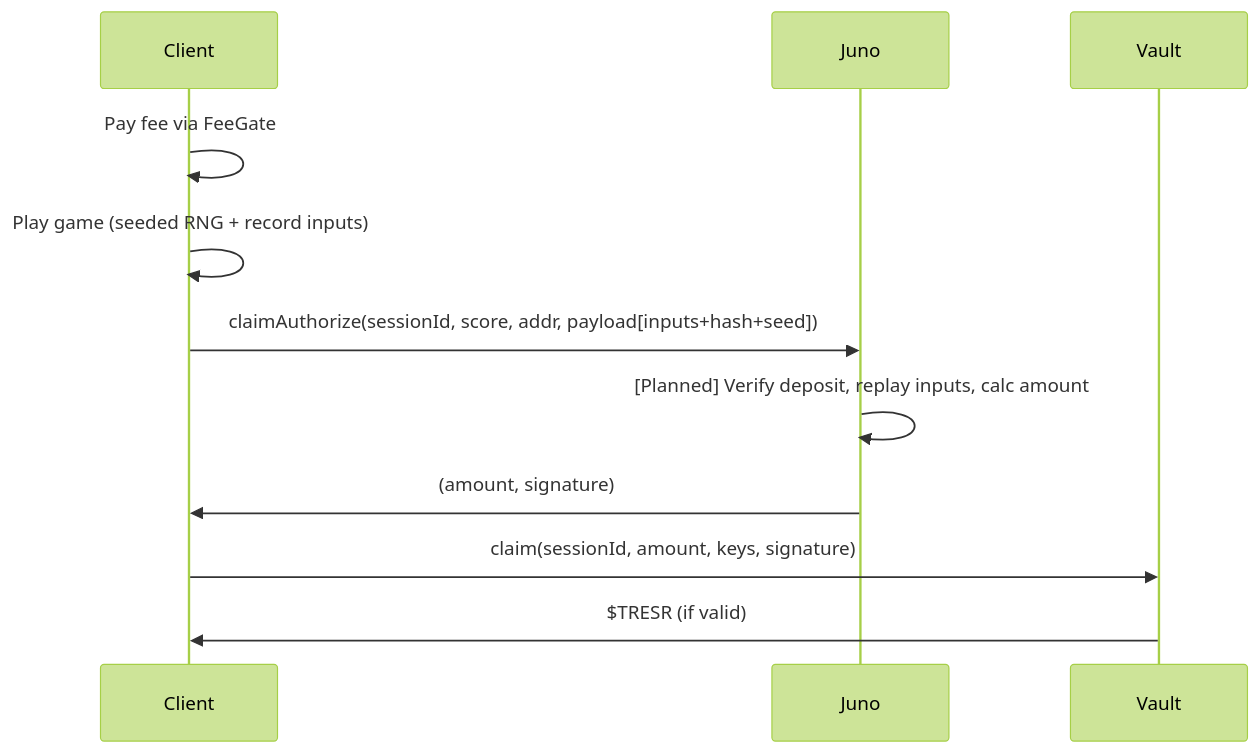
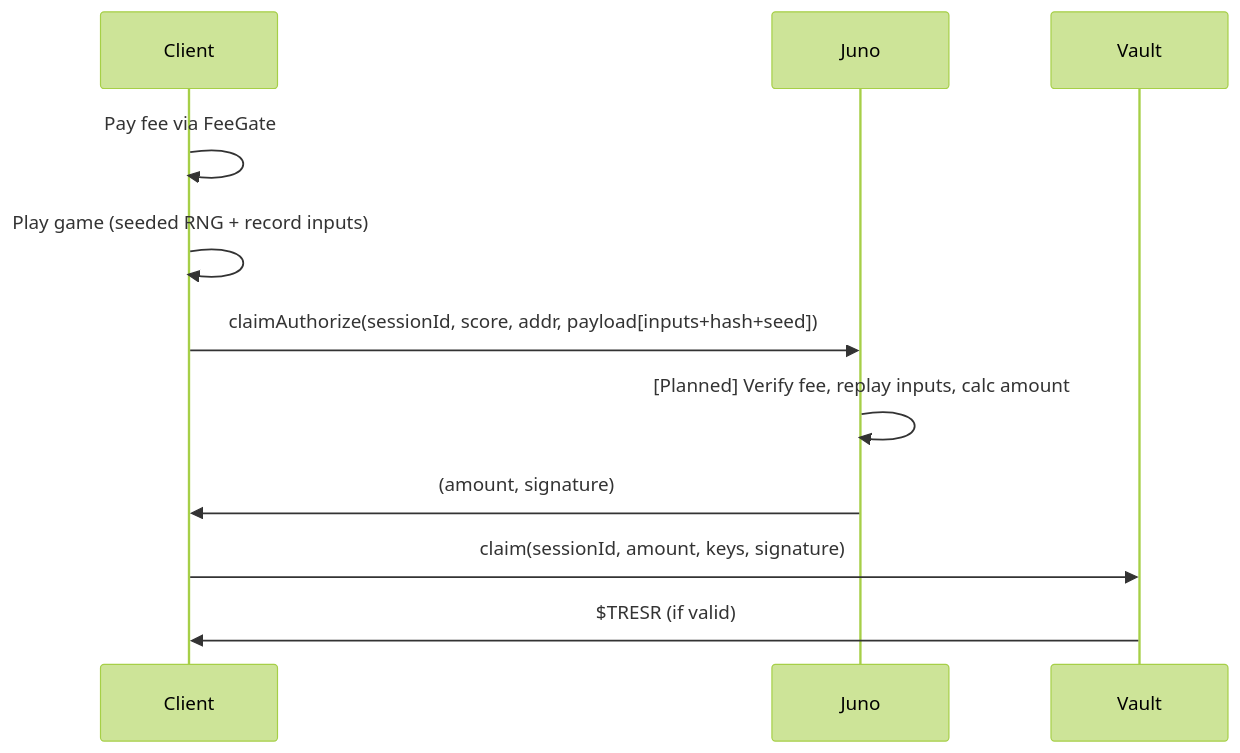
The diagram in docs/spec.md (tresr-community/tresr-game), drawn with Mermaid (forest theme) before and after one commit. The commit also changed other lines of this file and 193 other files, not shown here.

````diff
--- a/docs/spec.md
+++ b/docs/spec.md
@@ -876,13 +888,13 @@
 ```mermaid
 sequenceDiagram
     participant Client
     participant Juno
     participant Vault
     Client->>Client: Pay fee via FeeGate
     Client->>Client: Play game (seeded RNG + record inputs)
     Client->>Juno: claimAuthorize(sessionId, score, addr, payload[inputs+hash+seed])
-    Juno->>Juno: [Planned] Verify deposit, replay inputs, calc amount
+    Juno->>Juno: [Planned] Verify fee, replay inputs, calc amount
     Juno->>Client: (amount, signature)
     Client->>Vault: claim(sessionId, amount, keys, signature)
     Vault->>Client: $TRESR (if valid)
 ```
````
